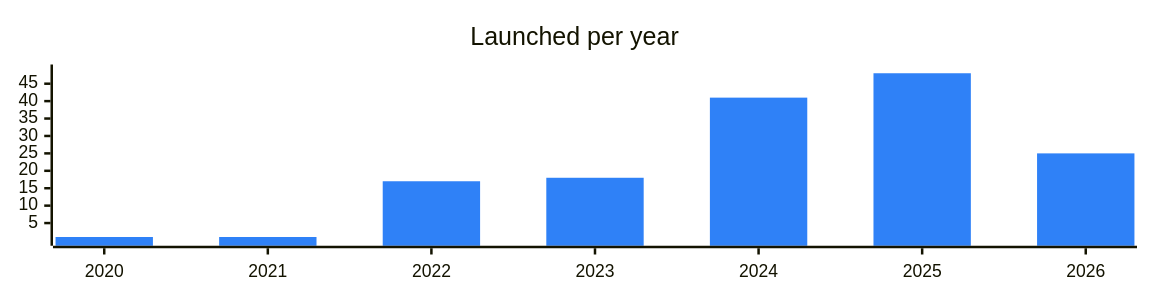
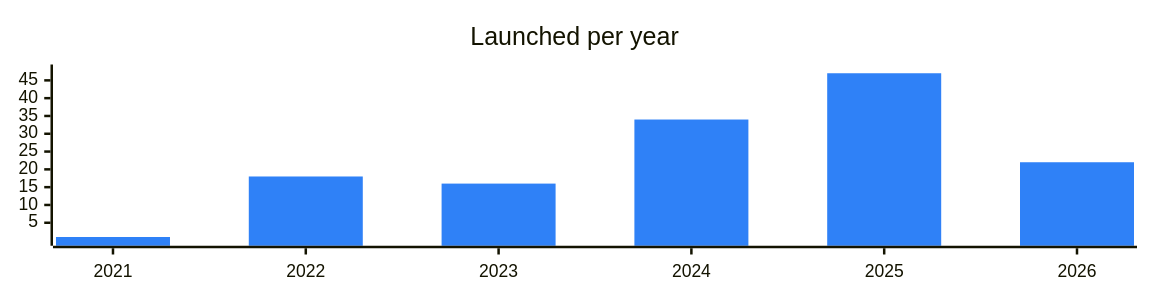
Before and after one commit to vitalikgpt/gram-ecosystem: the diagram in categories/nftmarkets.md, drawn with Mermaid. The commit also changed other lines of this file and 71 other files, not shown here.

````diff
--- a/categories/nftmarkets.md
+++ b/categories/nftmarkets.md
@@ -7,7 +7,7 @@
 ```mermaid
 %%{init: {"xyChart": {"width": 900, "height": 220}, "themeVariables": {"xyChart": {"plotColorPalette": "#2f81f7"}}}}%%
 xychart-beta
   title "Launched per year"
-  x-axis ["2020", "2021", "2022", "2023", "2024", "2025", "2026"]
-  bar [1, 1, 17, 18, 41, 48, 25]
+  x-axis ["2021", "2022", "2023", "2024", "2025", "2026"]
+  bar [1, 18, 16, 34, 47, 22]
 ```
````
